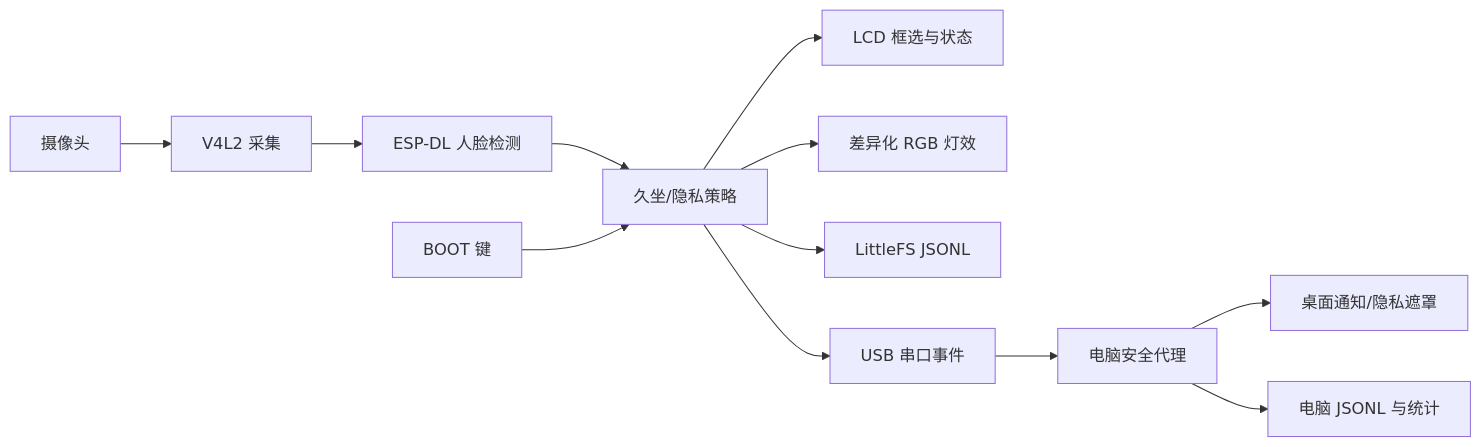
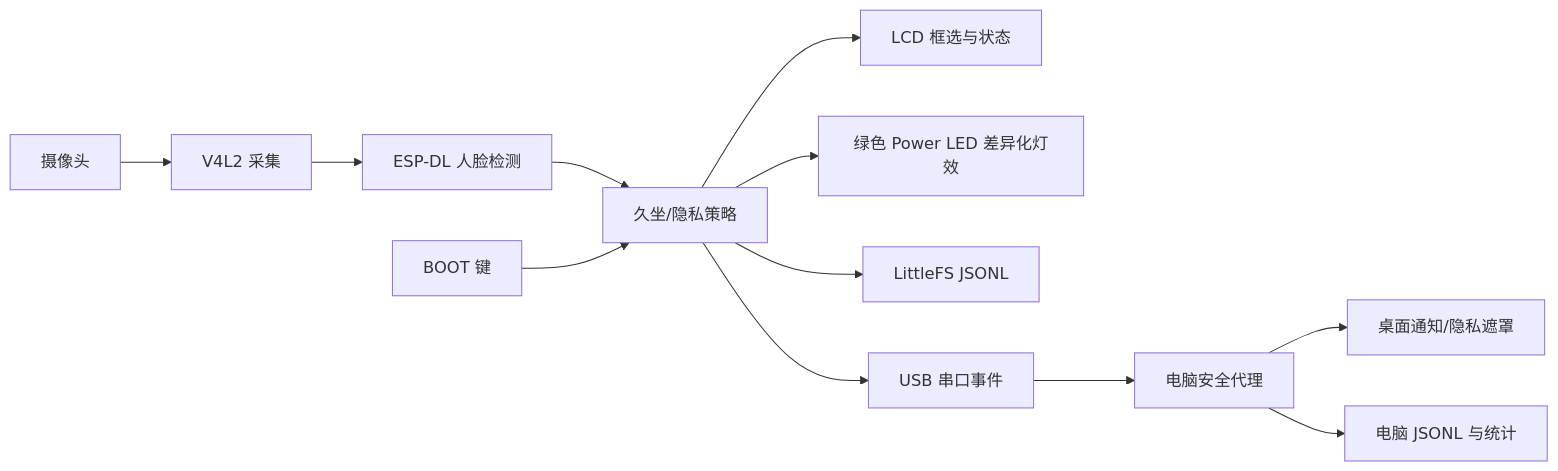
One commit to open-vela/contest2026_123_momohuhuhuluobudui changed the diagram in README.md. Above: the diagram before and after it, drawn with Mermaid. The commit also changed other lines of this file and 13 other files, not shown here.

Commit message:
fix: initialize power LED device

````diff
--- a/README.md
+++ b/README.md
@@ -19,14 +19,14 @@
 ```mermaid
 flowchart LR
     CAM[摄像头] --> V4L2[V4L2 采集]
     V4L2 --> DL[ESP-DL 人脸检测]
     DL --> POLICY[久坐/隐私策略]
     BOOT[BOOT 键] --> POLICY
     POLICY --> LCD[LCD 框选与状态]
-    POLICY --> LED[差异化 RGB 灯效]
+    POLICY --> LED[绿色 Power LED 差异化灯效]
     POLICY --> FS[LittleFS JSONL]
     POLICY --> USB[USB 串口事件]
     USB --> PC[电脑安全代理]
     PC --> NOTICE[桌面通知/隐私遮罩]
     PC --> LOG[电脑 JSONL 与统计]
 ```
````
